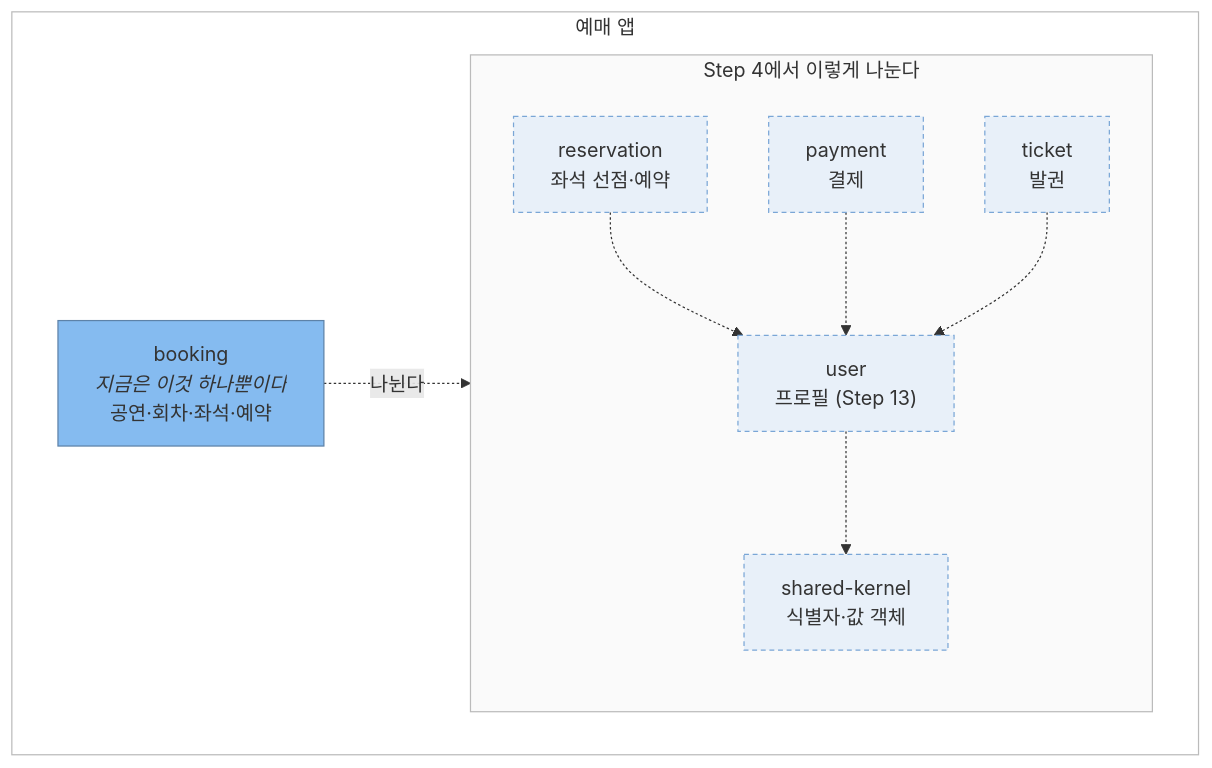
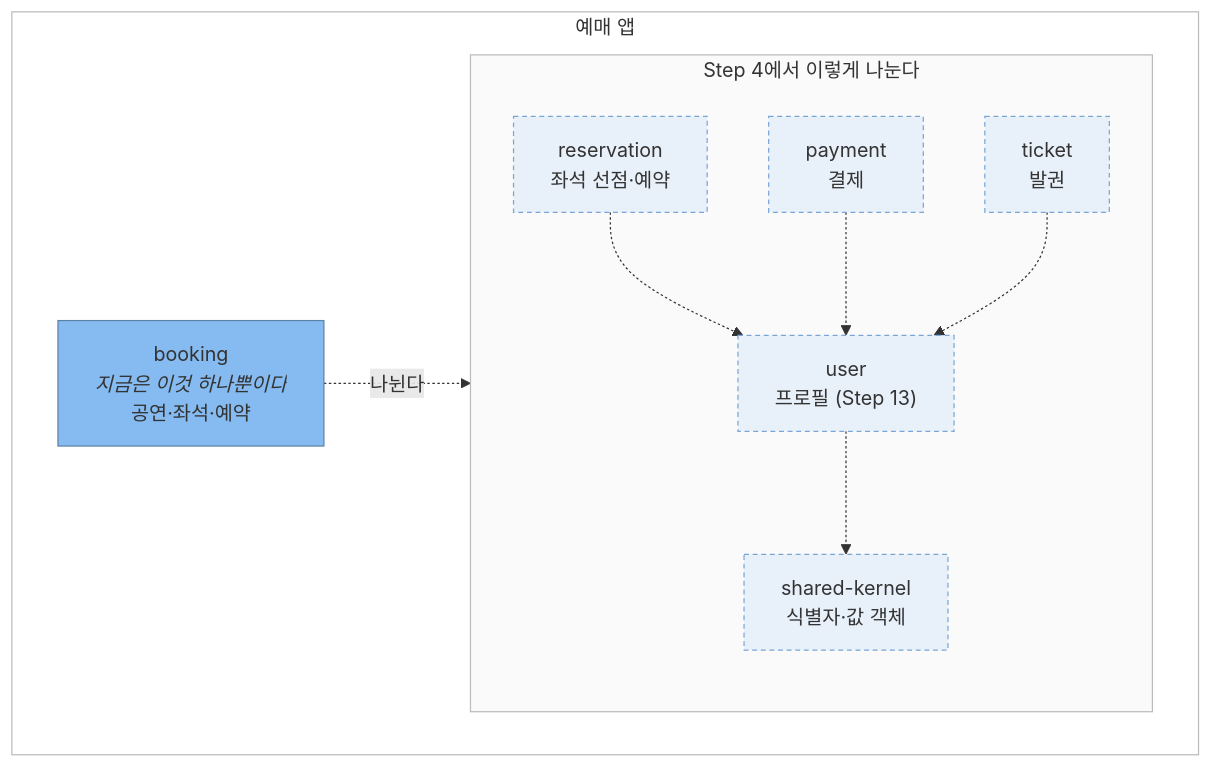
Before and after one commit to xoruddl/ticketing: the third of 3 diagrams in ai_docs/ARCHITECTURE.md, drawn with Mermaid. The commit also changed other lines of this file and 1 other file, not shown here.

Commit message:
docs: CLEAN_CODE·ARCHITECTURE 문서에서 회차를 뺀다

````diff
--- a/ai_docs/ARCHITECTURE.md
+++ b/ai_docs/ARCHITECTURE.md
@@ -87,27 +87,27 @@
 ```mermaid
 flowchart TB
     subgraph 앱["예매 앱"]
-        booking["booking<br/><i>지금은 이것 하나뿐이다</i><br/>공연·회차·좌석·예약"]
+        booking["booking<br/><i>지금은 이것 하나뿐이다</i><br/>공연·좌석·예약"]
 
         subgraph 예정["Step 4에서 이렇게 나눈다"]
             reservation["reservation<br/>좌석 선점·예약"]
             payment["payment<br/>결제"]
             ticket["ticket<br/>발권"]
             user["user<br/>프로필 (Step 13)"]
             sharedkernel["shared-kernel<br/>식별자·값 객체"]
         end
     end
 
     booking -.->|"나뉜다"| 예정
     reservation -.-> user
     payment -.-> user
     ticket -.-> user
     user -.-> sharedkernel
 
     classDef component fill:#85bbf0,stroke:#5d82a8,color:#333
     classDef planned fill:#e8f0f9,stroke:#7aa6d6,color:#333,stroke-dasharray:4 3
     class booking component
     class reservation,payment,ticket,user,sharedkernel planned
     style 앱 fill:#fff,stroke:#bbb,color:#333
     style 예정 fill:#fafafa,stroke:#bbb,color:#333
 ```
````
